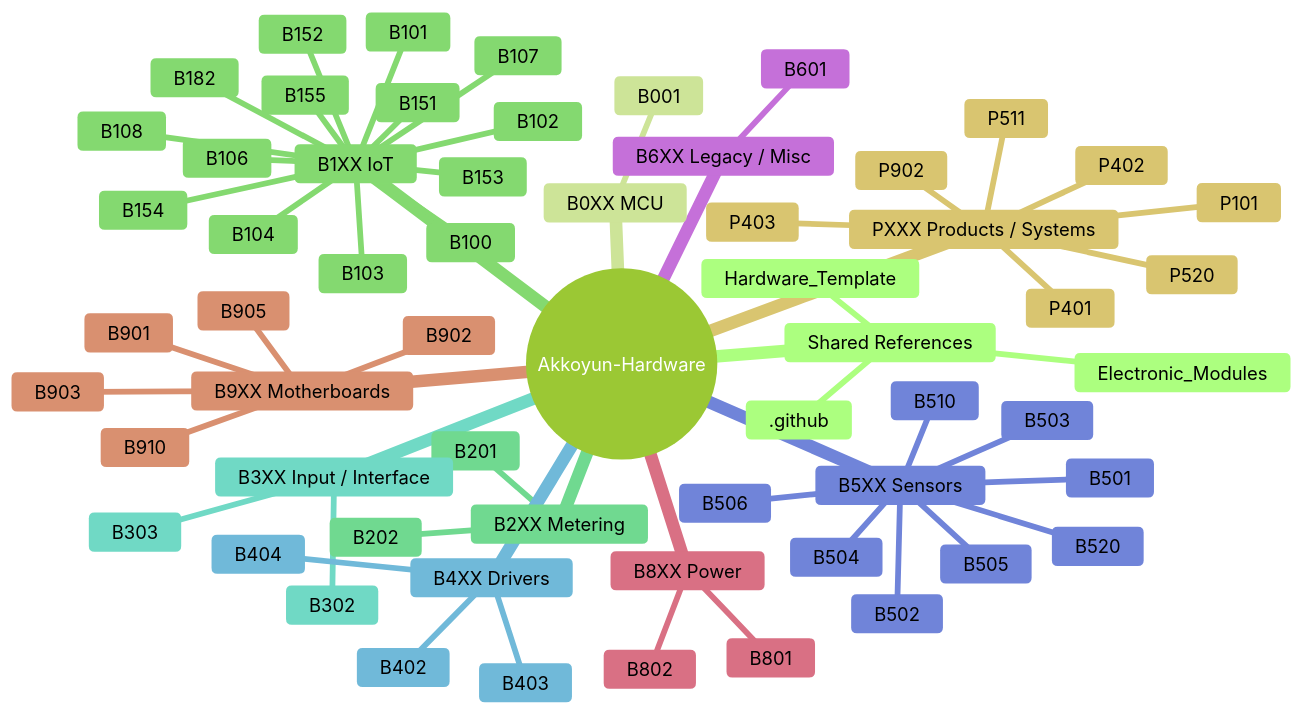
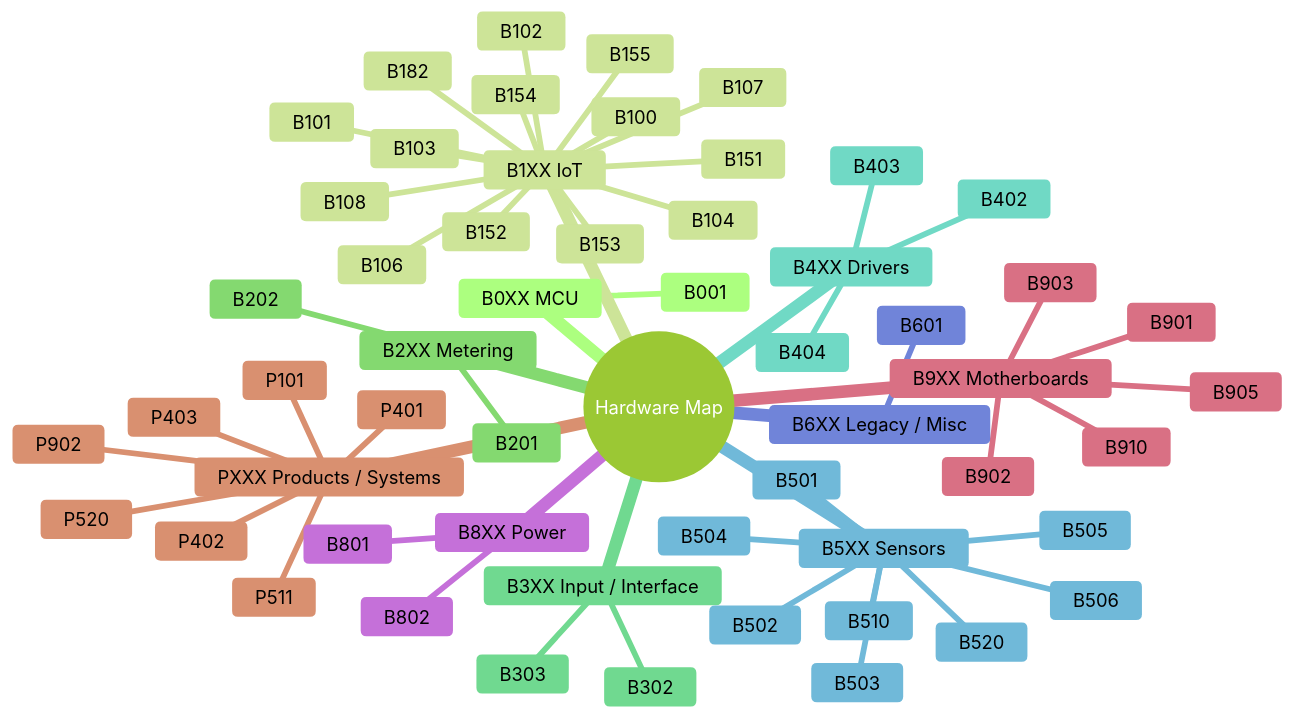
Before and after one commit to Akkoyun-Hardware/.github: the diagram in profile/README.md, drawn with Mermaid (forest theme).

Commit message:
docs: simplify mindmap to hardware tree only

````diff
--- a/profile/README.md
+++ b/profile/README.md
@@ -68,63 +68,59 @@
 ```mermaid
 mindmap
-  root((Akkoyun-Hardware))
-    Shared References
-      Hardware_Template
-      .github
-      Electronic_Modules
+  root((Hardware Map))
     B0XX MCU
       B001
     B1XX IoT
       B100
       B101
       B102
       B103
       B104
       B106
       B107
       B108
       B151
       B152
       B153
       B154
       B155
       B182
     B2XX Metering
       B201
       B202
     B3XX Input / Interface
       B302
       B303
     B4XX Drivers
       B402
       B403
       B404
     B5XX Sensors
       B501
       B502
       B503
       B504
       B505
       B506
       B510
       B520
     B6XX Legacy / Misc
       B601
     B8XX Power
       B801
       B802
     B9XX Motherboards
       B901
       B902
       B903
       B905
       B910
     PXXX Products / Systems
       P101
       P401
       P402
       P403
       P511
       P520
       P902
 ```
````
